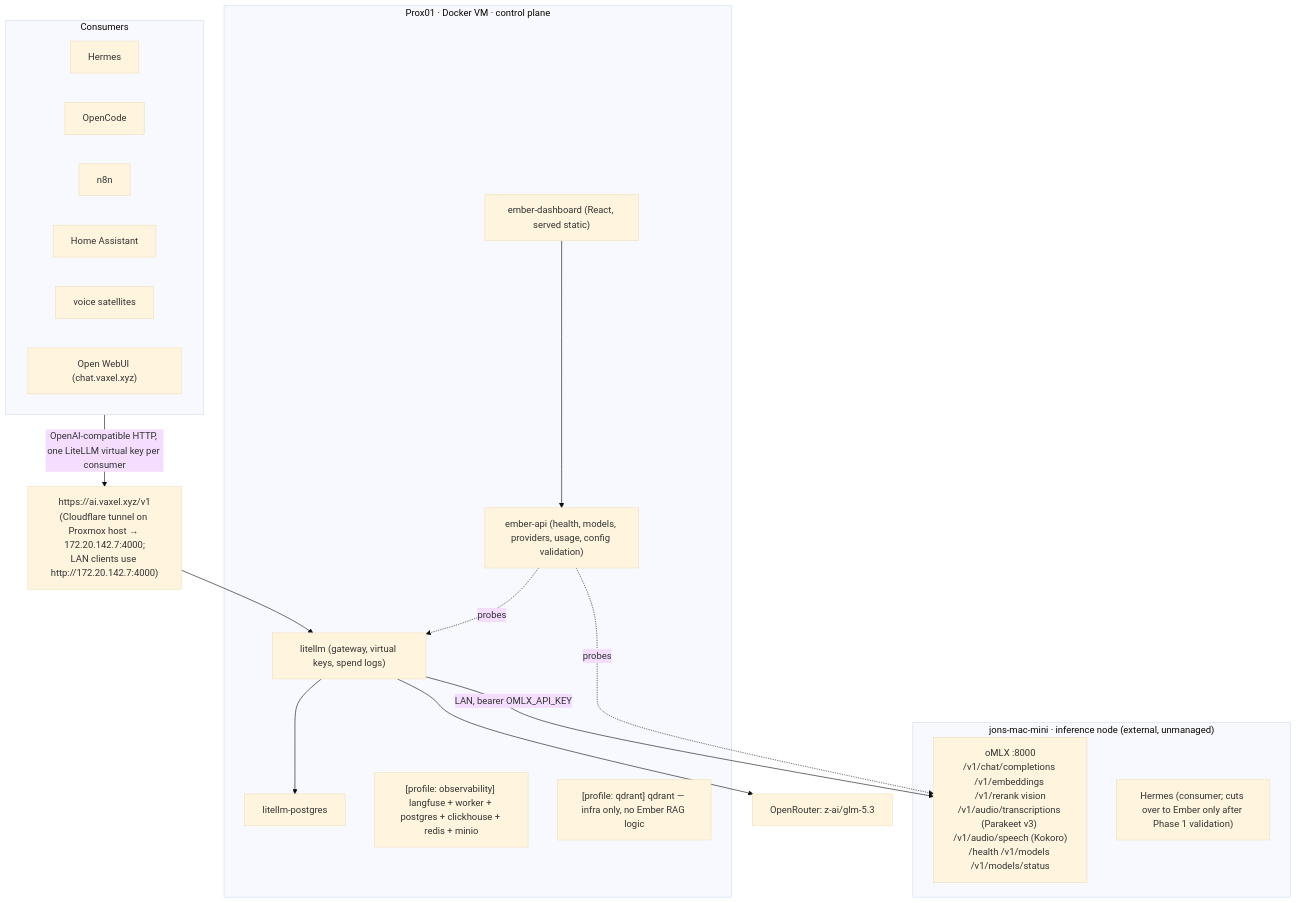
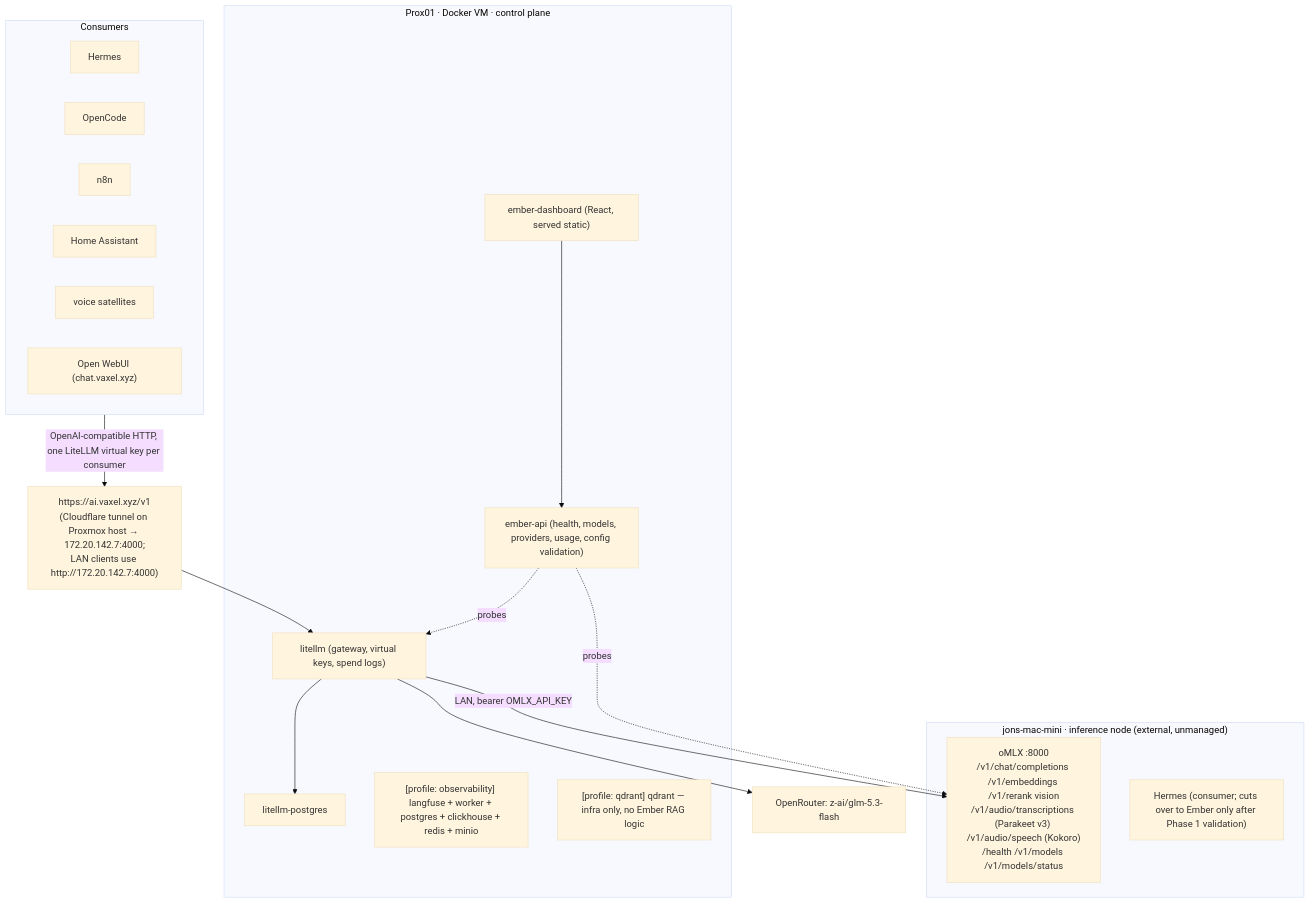
One commit to vaxel-xyz/Ember-AI changed the diagram in docs/architecture.md. Above: the diagram before and after it, drawn with Mermaid (base theme). The commit also changed other lines of this file and 14 other files, not shown here.

Commit message:
feat: cloud-glm alias targets z-ai/glm-5.3-flash; rename OPENROUTER_GLM_MODEL

````diff
--- a/docs/architecture.md
+++ b/docs/architecture.md
@@ -10,39 +10,39 @@
 ```mermaid
 flowchart TB
     subgraph consumers["Consumers"]
         Hermes
         OpenCode
         n8n
         HA["Home Assistant"]
         Voice["voice satellites"]
         OpenWebUI["Open WebUI (chat.vaxel.xyz)"]
     end
 
     consumers -->|"OpenAI-compatible HTTP, one LiteLLM virtual key per consumer"| GW
 
     GW["https://ai.vaxel.xyz/v1<br/>(Cloudflare tunnel on Proxmox host → 172.20.142.7:4000;<br/>LAN clients use http://172.20.142.7:4000)"]
 
     subgraph docker01["Prox01 · Docker VM · control plane"]
         LiteLLM["litellm (gateway, virtual keys, spend logs)"]
         Postgres["litellm-postgres"]
         EmberAPI["ember-api (health, models, providers, usage, config validation)"]
         Dashboard["ember-dashboard (React, served static)"]
         Langfuse["[profile: observability] langfuse + worker + postgres + clickhouse + redis + minio"]
         Qdrant["[profile: qdrant] qdrant — infra only, no Ember RAG logic"]
     end
 
     GW --> LiteLLM
     LiteLLM --> Postgres
     EmberAPI -.probes.-> LiteLLM
     Dashboard --> EmberAPI
 
     subgraph mini["jons-mac-mini · inference node (external, unmanaged)"]
         oMLX["oMLX :8000<br/>/v1/chat/completions /v1/embeddings /v1/rerank vision<br/>/v1/audio/transcriptions (Parakeet v3) /v1/audio/speech (Kokoro)<br/>/health /v1/models /v1/models/status"]
         HermesAgent["Hermes (consumer; cuts over to Ember only after Phase 1 validation)"]
     end
 
     LiteLLM -->|"LAN, bearer OMLX_API_KEY"| oMLX
     EmberAPI -.probes.-> oMLX
 
-    LiteLLM --> OpenRouter["OpenRouter: z-ai/glm-5.3"]
+    LiteLLM --> OpenRouter["OpenRouter: z-ai/glm-5.3-flash"]
 ```
````
